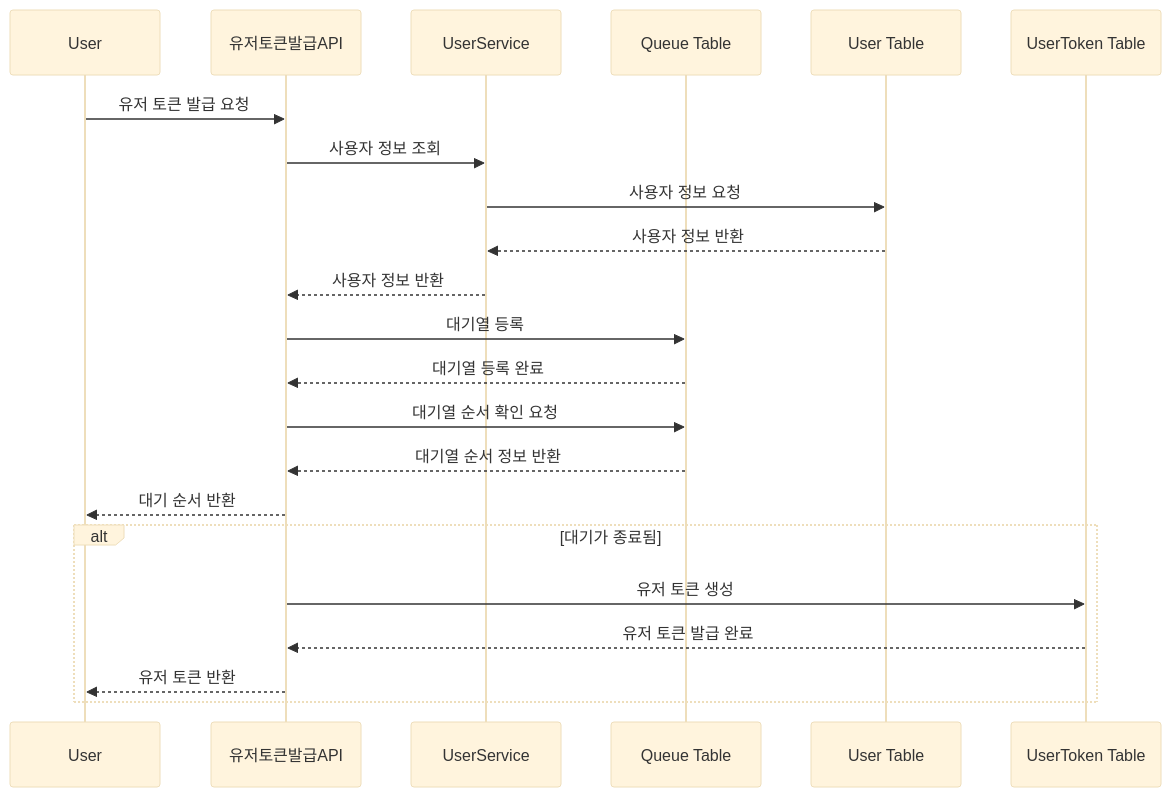
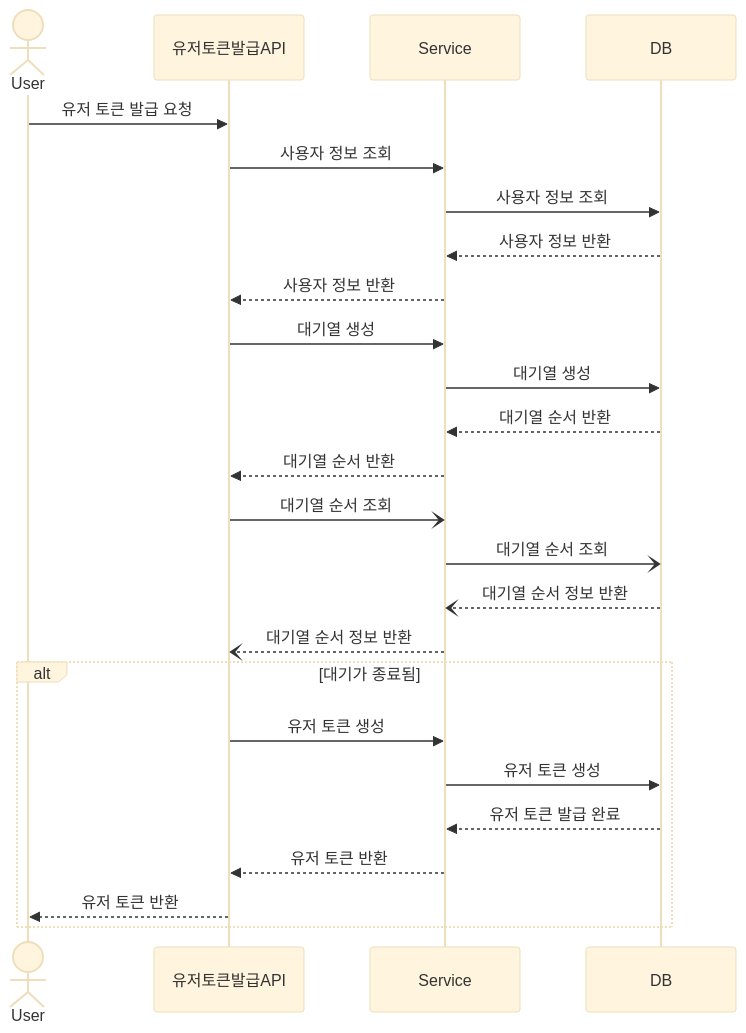
The second of 9 diagrams in README.md (maiorem/ticket-reservation), drawn with Mermaid (base theme) before and after one commit. The commit also changed other lines of this file, not shown here.

Commit message:
set: 마일스톤 및 시퀀스 다이어그램 작성

````diff
--- a/README.md
+++ b/README.md
@@ -86,31 +86,31 @@
 ```mermaid
 sequenceDiagram
-    participant User
+    actor  User
     participant 유저토큰발급API
-    participant UserService
-    participant Queue Table
-    participant User Table
-    participant UserToken Table
+    participant Service
+    participant DB
 
     %% 대기열 등록
     User->>유저토큰발급API: 유저 토큰 발급 요청
-    유저토큰발급API->>UserService: 사용자 정보 조회
-    UserService->>User Table: 사용자 정보 요청
-    User Table-->>UserService: 사용자 정보 반환
-    UserService-->>유저토큰발급API: 사용자 정보 반환
-    유저토큰발급API->>Queue Table: 대기열 등록
-    Queue Table-->>유저토큰발급API: 대기열 등록 완료
+    유저토큰발급API->>Service: 사용자 정보 조회
+    Service->>DB: 사용자 정보 조회
+    DB-->>Service: 사용자 정보 반환
+    Service-->>유저토큰발급API: 사용자 정보 반환
+    유저토큰발급API->>Service:대기열 생성
+    Service->>DB:대기열 생성
+    DB-->>Service:대기열 순서 반환
+    Service-->>유저토큰발급API:대기열 순서 반환
 
-    %% 대기열 순서 확인 및 유저 토큰 발급
-    유저토큰발급API->>Queue Table: 대기열 순서 확인 요청
-    Queue Table-->>유저토큰발급API: 대기열 순서 정보 반환
-    유저토큰발급API -->> User: 대기 순서 반환
+    유저토큰발급API-)Service: 대기열 순서 조회
+    Service-)DB: 대기열 순서 조회
+    DB--)Service: 대기열 순서 정보 반환
+    Service--)유저토큰발급API: 대기열 순서 정보 반환
     
     alt 대기가 종료됨
-        유저토큰발급API->>UserToken Table: 유저 토큰 생성
-        UserToken Table-->>유저토큰발급API: 유저 토큰 발급 완료
+        유저토큰발급API->>Service: 유저 토큰 생성
+        Service->>DB: 유저 토큰 생성
+        DB-->>Service: 유저 토큰 발급 완료
+        Service-->>유저토큰발급API: 유저 토큰 반환
         유저토큰발급API-->>User: 유저 토큰 반환
     end
-
-
 ```
````
